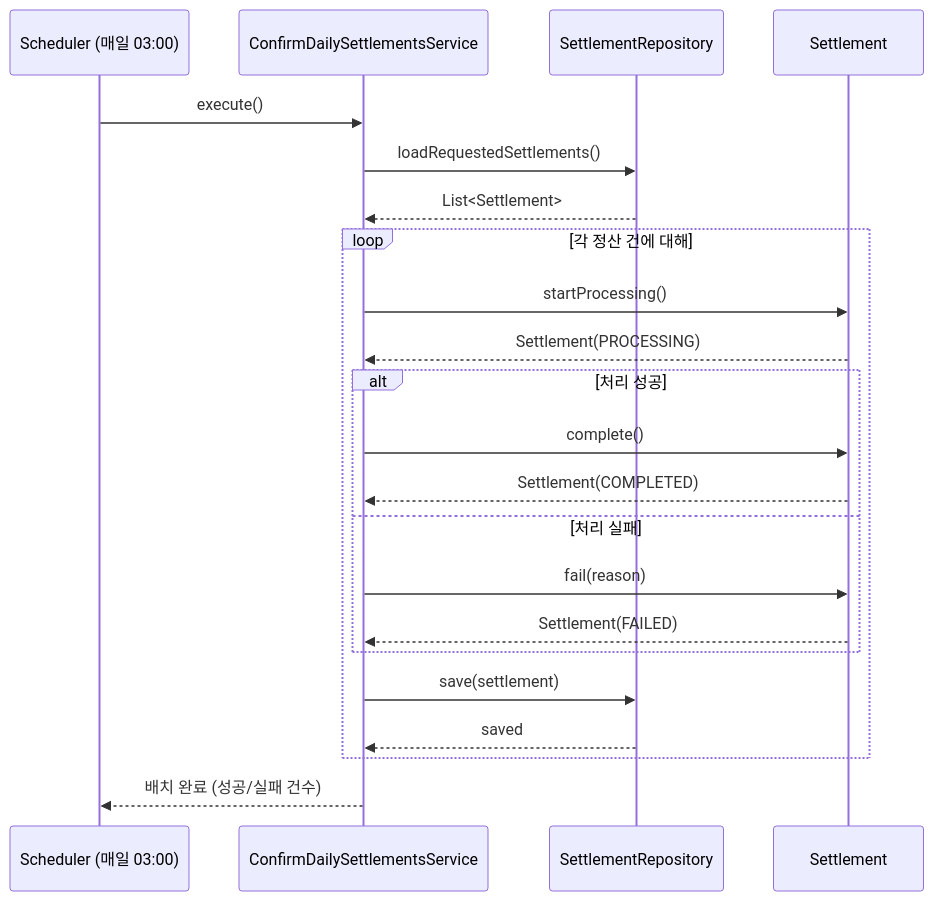
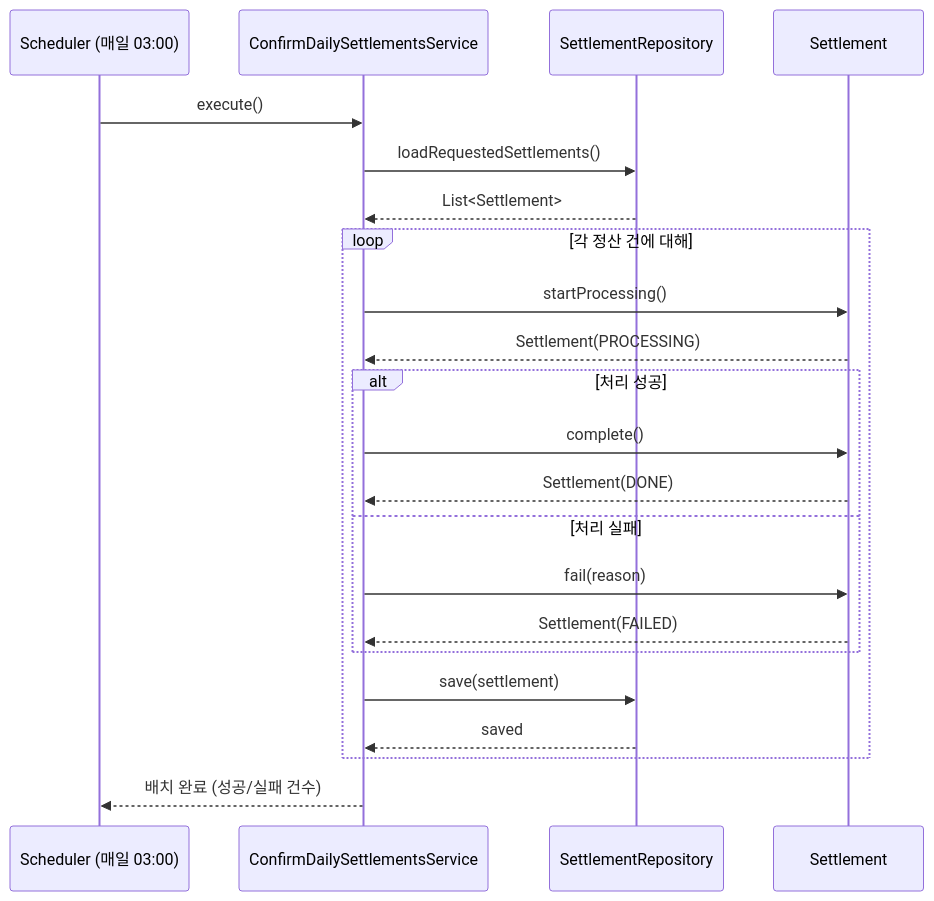
Before and after one commit to MyoungSoo7/settlement: the fourth of 4 diagrams in docs/etc/sequence-diagram.md, drawn with Mermaid. The commit also changed other lines of this file and 1589 other files, not shown here.

````diff
--- a/docs/etc/sequence-diagram.md
+++ b/docs/etc/sequence-diagram.md
@@ -91,29 +103,29 @@
 ```mermaid
 sequenceDiagram
     participant Scheduler as Scheduler (매일 03:00)
     participant ConfirmDailySettlementsService
     participant SettlementRepository
     participant Settlement
 
     Scheduler->>ConfirmDailySettlementsService: execute()
     ConfirmDailySettlementsService->>SettlementRepository: loadRequestedSettlements()
     SettlementRepository-->>ConfirmDailySettlementsService: List<Settlement>
 
     loop 각 정산 건에 대해
         ConfirmDailySettlementsService->>Settlement: startProcessing()
         Settlement-->>ConfirmDailySettlementsService: Settlement(PROCESSING)
 
         alt 처리 성공
             ConfirmDailySettlementsService->>Settlement: complete()
-            Settlement-->>ConfirmDailySettlementsService: Settlement(COMPLETED)
+            Settlement-->>ConfirmDailySettlementsService: Settlement(DONE)
         else 처리 실패
             ConfirmDailySettlementsService->>Settlement: fail(reason)
             Settlement-->>ConfirmDailySettlementsService: Settlement(FAILED)
         end
 
         ConfirmDailySettlementsService->>SettlementRepository: save(settlement)
         SettlementRepository-->>ConfirmDailySettlementsService: saved
     end
 
     ConfirmDailySettlementsService-->>Scheduler: 배치 완료 (성공/실패 건수)
 ```
````
